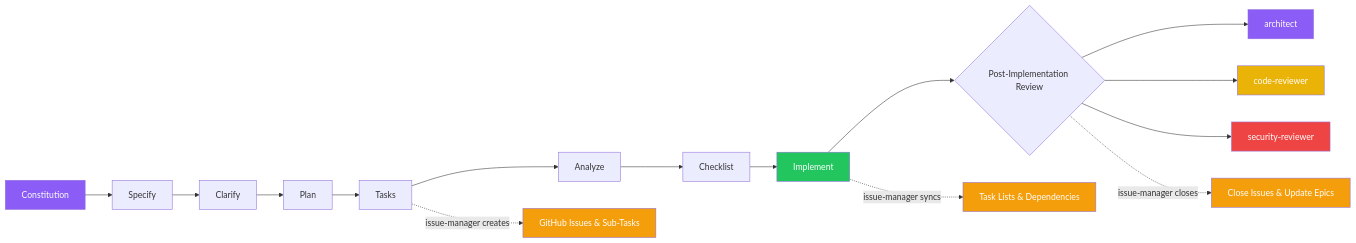
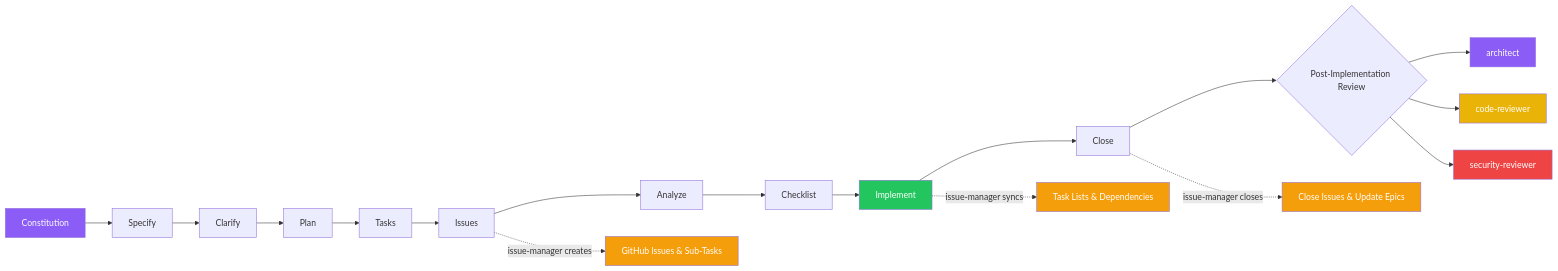
Before and after one commit to AlexAlvarezGallardo-GitHub/Aegis: the fifth of 6 diagrams in docs/AGENTS-README.md, drawn with Mermaid. The commit also changed 2 other files, not shown here.

Commit message:
docs(infra): align workflow schemas and docs with constitution lifecycle

````diff
--- a/docs/AGENTS-README.md
+++ b/docs/AGENTS-README.md
@@ -222,28 +222,30 @@
 ```mermaid
 flowchart LR
     C[Constitution] --> S[Specify]
     S --> CL[Clarify]
     CL --> P[Plan]
     P --> T[Tasks]
-    T --> A[Analyze]
+    T --> I[Issues]
+    I --> A[Analyze]
     A --> CK[Checklist]
-    CK --> I[Implement]
+    CK --> IM[Implement]
+    IM --> CL2[Close]
 
-    I --> REVIEW{Post-Implementation Review}
+    CL2 --> REVIEW{Post-Implementation Review}
     REVIEW --> AR[architect]
     REVIEW --> CR[code-reviewer]
     REVIEW --> SR[security-reviewer]
 
-    T -.->|issue-manager creates| ISSUES[GitHub Issues & Sub-Tasks]
-    I -.->|issue-manager syncs| SYNC[Task Lists & Dependencies]
-    REVIEW -.->|issue-manager closes| CLOSE[Close Issues & Update Epics]
+    I -.->|issue-manager creates| ISSUES[GitHub Issues & Sub-Tasks]
+    IM -.->|issue-manager syncs| SYNC[Task Lists & Dependencies]
+    CL2 -.->|issue-manager closes| CLOSE[Close Issues & Update Epics]
 
     style C fill:#8b5cf6,color:#fff
-    style I fill:#22c55e,color:#fff
+    style IM fill:#22c55e,color:#fff
     style AR fill:#8b5cf6,color:#fff
     style CR fill:#eab308,color:#fff
     style SR fill:#ef4444,color:#fff
     style ISSUES fill:#f59e0b,color:#fff
     style SYNC fill:#f59e0b,color:#fff
     style CLOSE fill:#f59e0b,color:#fff
 ```
````
